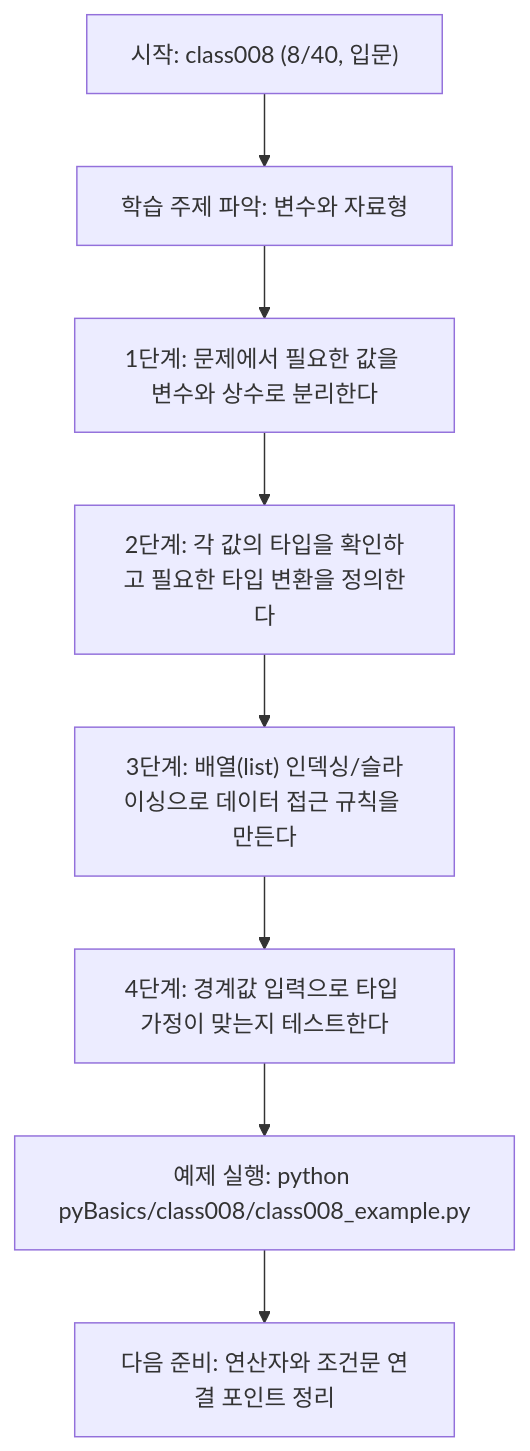
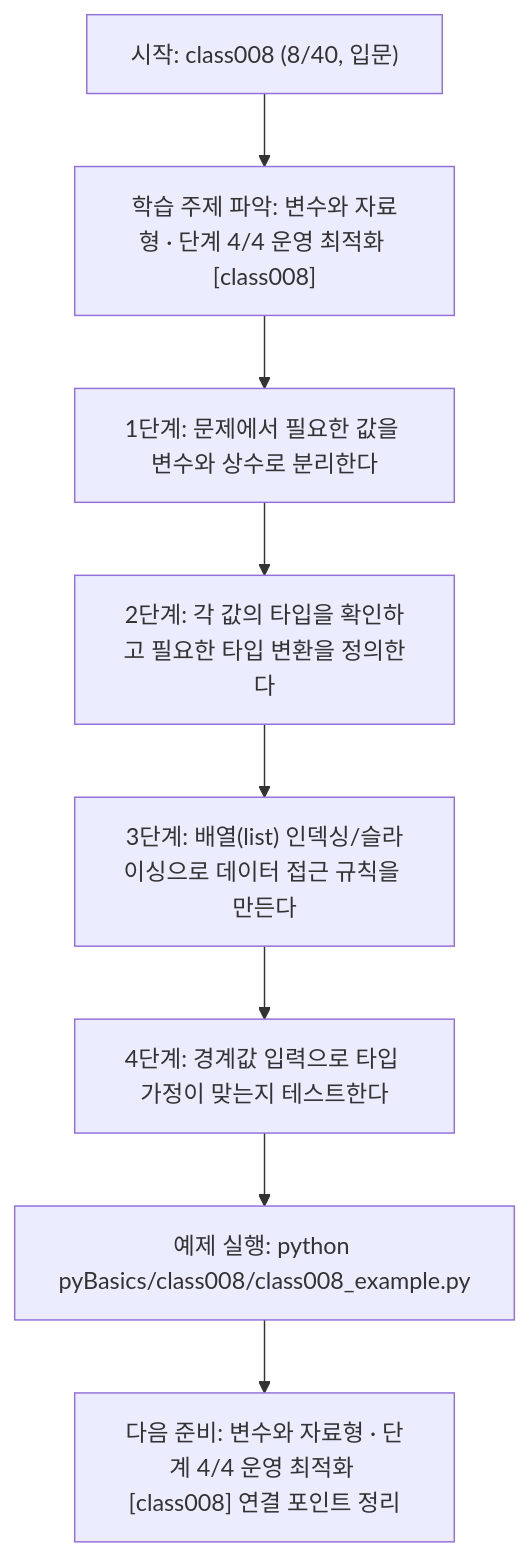
The diagram in pyBasics/class008/class008.md (edumgt/Python-AI_Agent-Class), drawn with Mermaid before and after one commit. The commit also changed other lines of this file and 522 other files, not shown here.

````diff
--- a/pyBasics/class008/class008.md
+++ b/pyBasics/class008/class008.md
@@ -108,18 +109,18 @@
 ```mermaid
 flowchart TD
 N1["시작: class008 (8/40, 입문)"]
-N2["학습 주제 파악: 변수와 자료형"]
+N2["학습 주제 파악: 변수와 자료형 · 단계 4/4 운영 최적화 [class008]"]
 N3["1단계: 문제에서 필요한 값을 변수와 상수로 분리한다"]
 N4["2단계: 각 값의 타입을 확인하고 필요한 타입 변환을 정의한다"]
 N5["3단계: 배열(list) 인덱싱/슬라이싱으로 데이터 접근 규칙을 만든다"]
 N6["4단계: 경계값 입력으로 타입 가정이 맞는지 테스트한다"]
 N7["예제 실행: python pyBasics/class008/class008_example.py"]
-N8["다음 준비: 연산자와 조건문 연결 포인트 정리"]
+N8["다음 준비: 변수와 자료형 · 단계 4/4 운영 최적화 [class008] 연결 포인트 정리"]
 N1 --> N2
 N2 --> N3
 N3 --> N4
 N4 --> N5
 N5 --> N6
 N6 --> N7
 N7 --> N8
 ```
````
